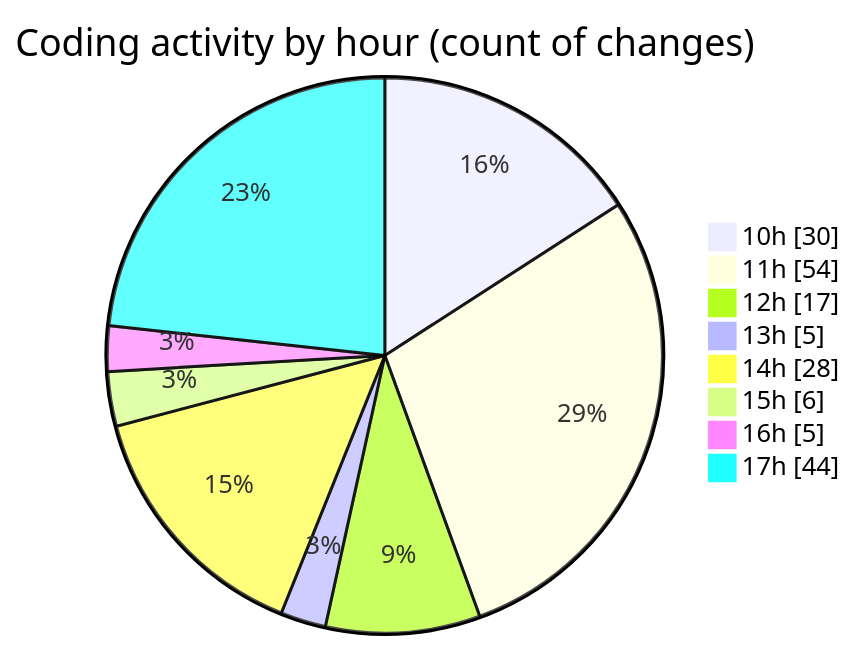
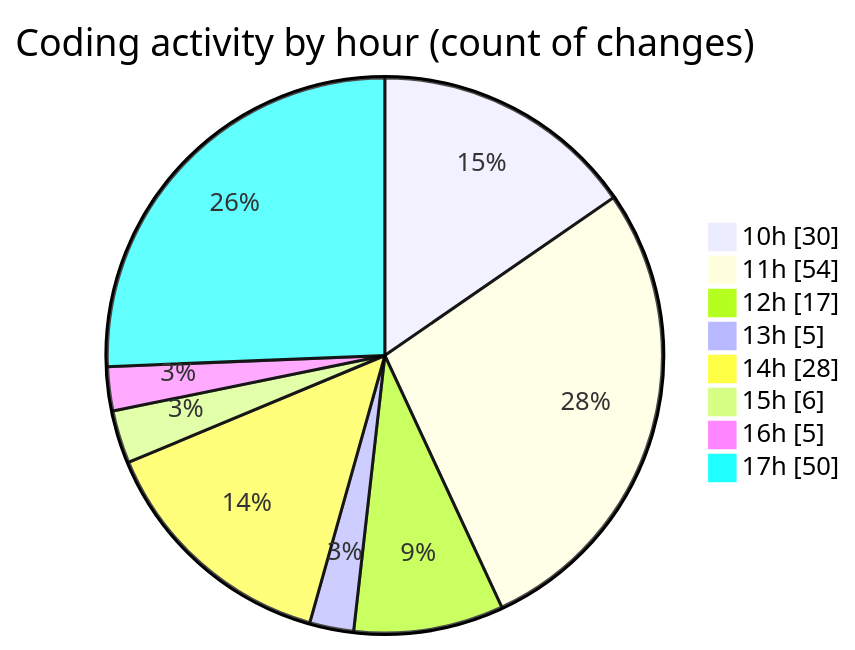
Before and after one commit to momahboobian/code-tracking: the second of 2 diagrams in 2025-05-01/cda/README.md, drawn with Mermaid. The commit also changed other lines of this file and 1 other file, not shown here.

````diff
--- a/2025-05-01/cda/README.md
+++ b/2025-05-01/cda/README.md
@@ -46,12 +46,12 @@
 ```mermaid
 pie showData
 title Coding activity by hour (count of changes)
 "10h" : 30
 "11h" : 54
 "12h" : 17
 "13h" : 5
 "14h" : 28
 "15h" : 6
 "16h" : 5
-"17h" : 44
+"17h" : 50
 ```
````
